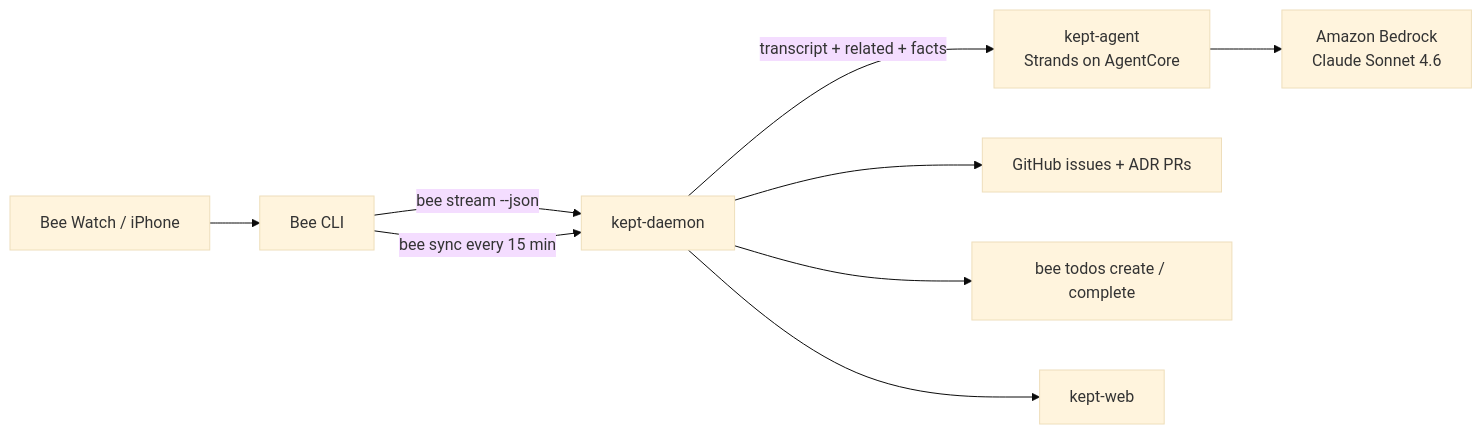
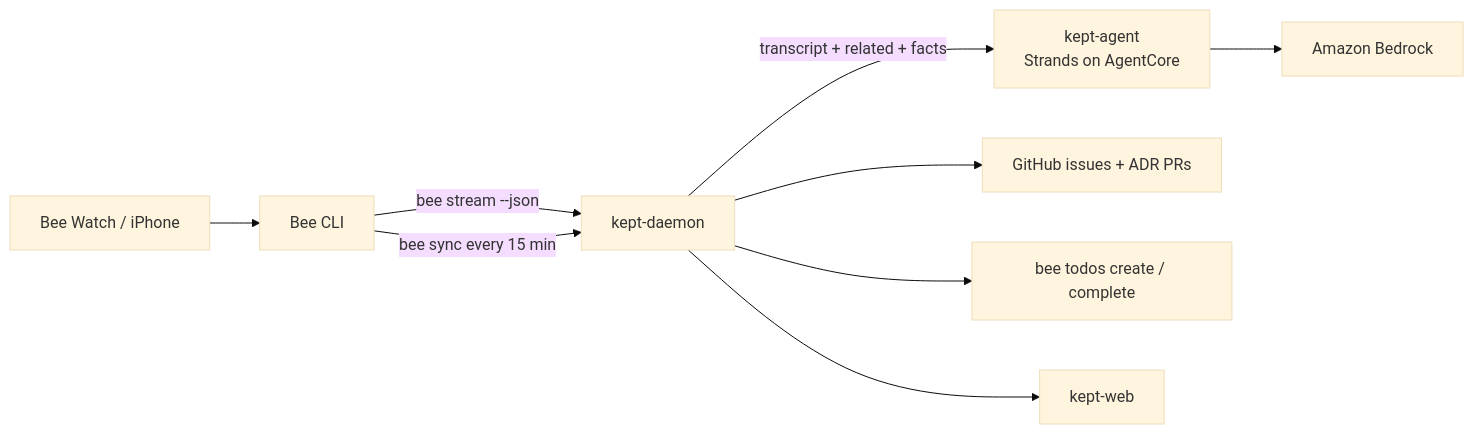
Before and after one commit to johnwils/kept: the diagram in README.md, drawn with Mermaid (base theme). The commit also changed other lines of this file and 16 other files, not shown here.

````diff
--- a/README.md
+++ b/README.md
@@ -33,11 +33,11 @@
 ```mermaid
 flowchart LR
   Watch["Bee Watch / iPhone"] --> CLI["Bee CLI"]
   CLI -->|"bee stream --json"| Daemon[kept-daemon]
   CLI -->|"bee sync every 15 min"| Daemon
   Daemon -->|"transcript + related + facts"| Agent["kept-agent<br/>Strands on AgentCore"]
-  Agent --> Bedrock["Amazon Bedrock<br/>Claude Sonnet 4.6"]
+  Agent --> Bedrock["Amazon Bedrock"]
   Daemon --> GH["GitHub issues + ADR PRs"]
   Daemon --> Todos["bee todos create / complete"]
   Daemon --> Web[kept-web]
 ```
````
